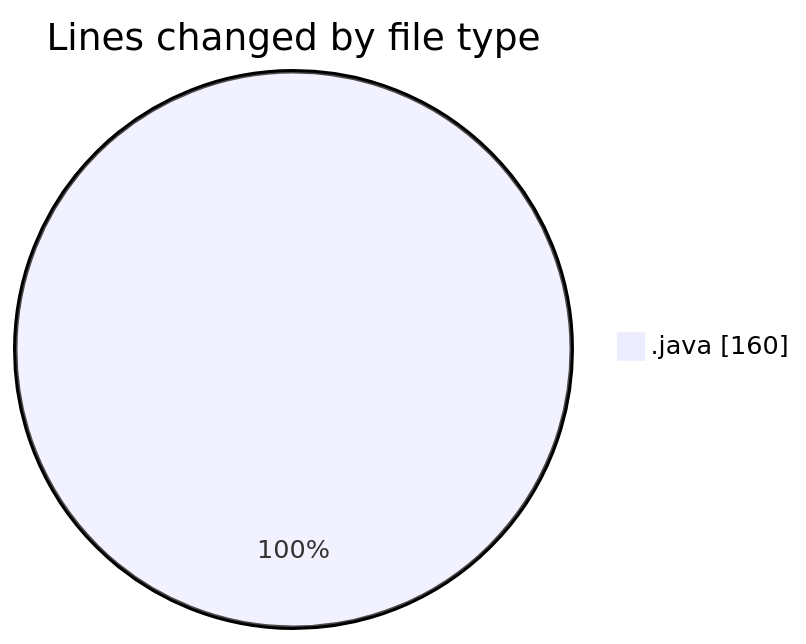
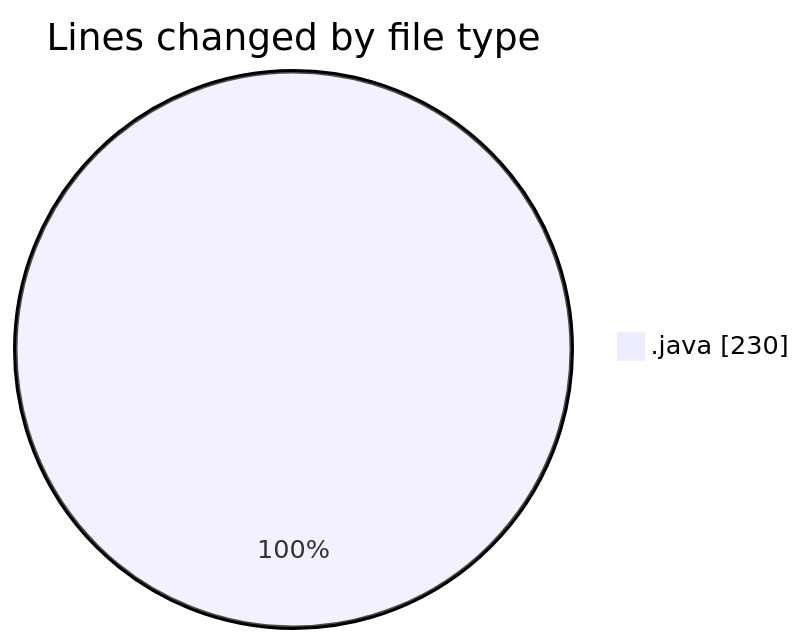
The first of 2 diagrams in 2025-10-04/projet_rmi/README.md (donsfak/code-tracking), drawn with Mermaid before and after one commit. The commit also changed other lines of this file and 1 other file, not shown here.

````diff
--- a/2025-10-04/projet_rmi/README.md
+++ b/2025-10-04/projet_rmi/README.md
@@ -23,5 +23,5 @@
 ```mermaid
 pie showData
 title Lines changed by file type
-".java" : 160
+".java" : 230
 ```
````
